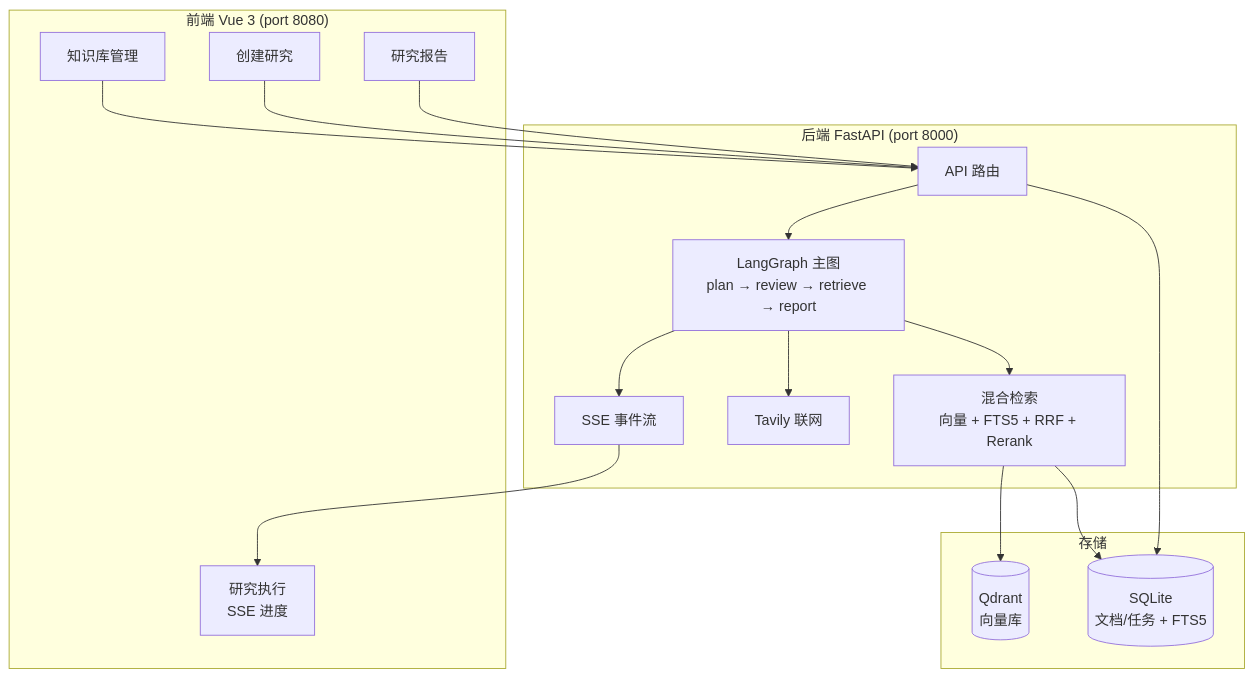
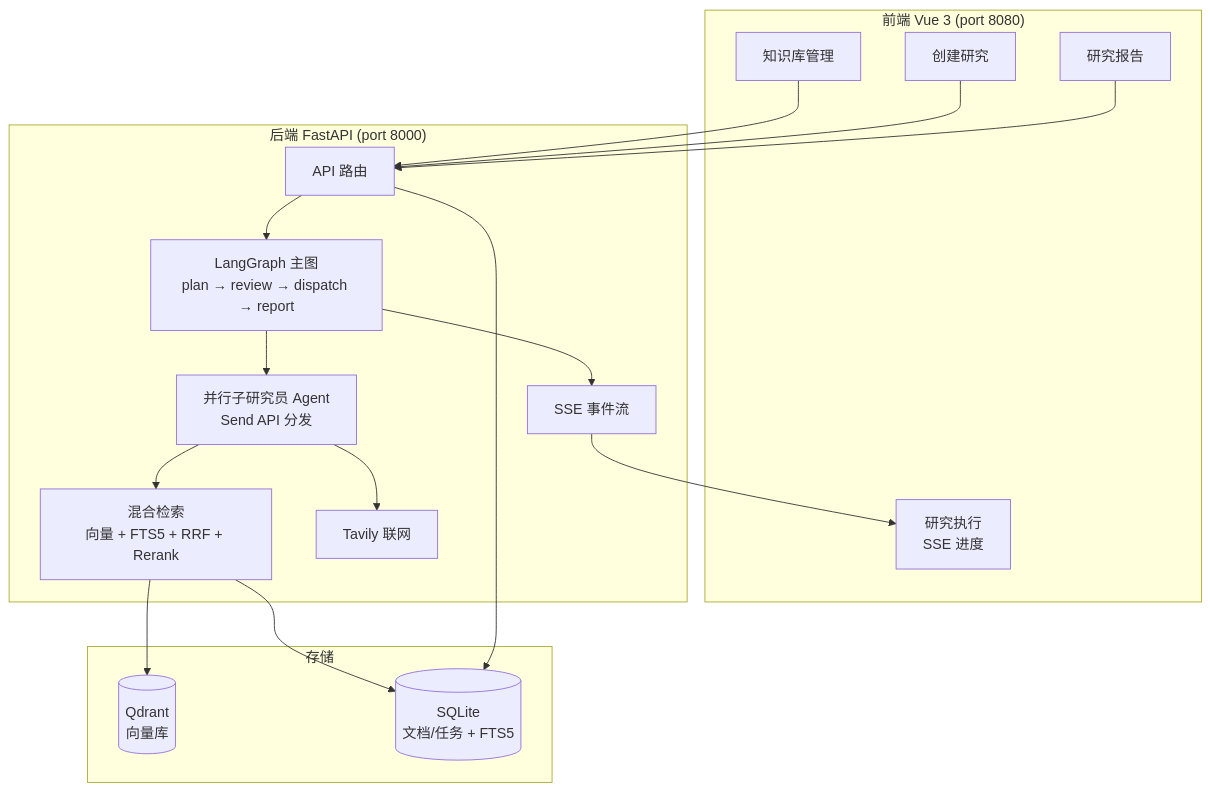
One commit to beixiao66/deepresearch-agent changed the diagram in README.md. Above: the diagram before and after it, drawn with Mermaid. The commit also changed other lines of this file, not shown here.

Commit message:
docs(README): update architecture for multi-agent

````diff
--- a/README.md
+++ b/README.md
@@ -18,34 +18,36 @@
 ```mermaid
 flowchart TD
     subgraph Frontend["前端 Vue 3 (port 8080)"]
         KB[知识库管理]
         CR[创建研究]
         RUN[研究执行<br/>SSE 进度]
         REP[研究报告]
     end
 
     subgraph Backend["后端 FastAPI (port 8000)"]
         API[API 路由]
-        GRAPH[LangGraph 主图<br/>plan → review → retrieve → report]
+        GRAPH[LangGraph 主图<br/>plan → review → dispatch → report]
+        AGENTS[并行子研究员 Agent<br/>Send API 分发]
         RET[混合检索<br/>向量 + FTS5 + RRF + Rerank]
         WEB[Tavily 联网]
         SSE[SSE 事件流]
     end
 
     subgraph Storage["存储"]
         QD[(Qdrant<br/>向量库)]
         SQL[(SQLite<br/>文档/任务 + FTS5)]
     end
 
     API --> GRAPH
-    GRAPH --> RET
-    GRAPH --> WEB
+    GRAPH --> AGENTS
+    AGENTS --> RET
+    AGENTS --> WEB
     GRAPH --> SSE
     SSE --> RUN
     RET --> QD
     RET --> SQL
     API --> SQL
     KB --> API
     CR --> API
     REP --> API
 ```
````
